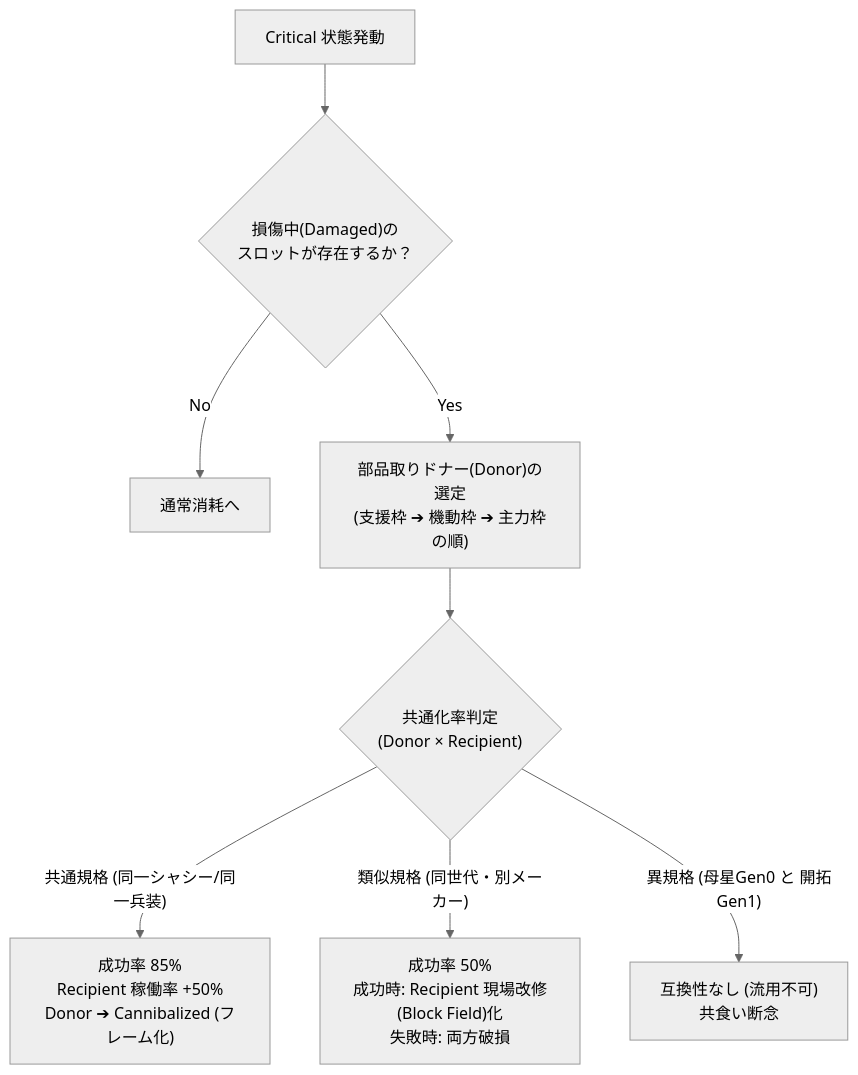
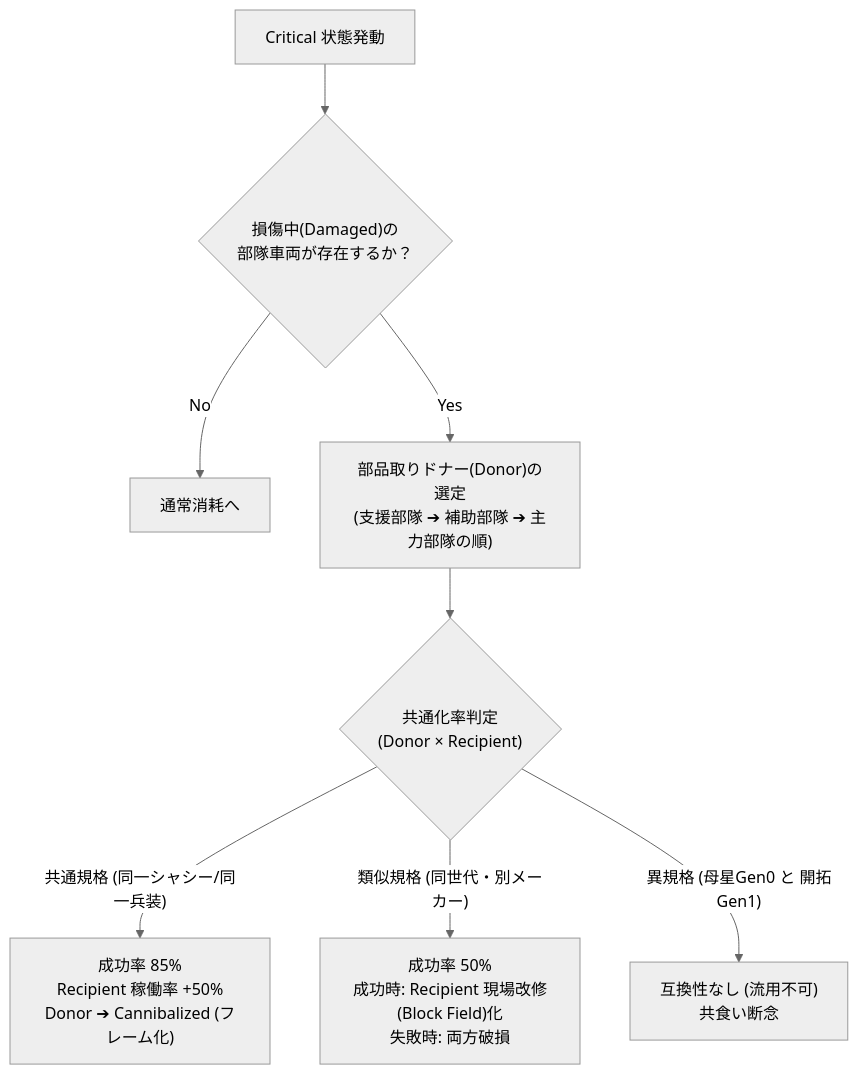
One commit to nanaisisi/nanai-alien-com-game changed the third of 3 diagrams in docs/specs/COMBAT_GROUP_LOGISTICS_INTEGRATION.md. Above: the diagram before and after it, drawn with Mermaid (neutral theme). The commit also changed other lines of this file and 9 other files, not shown here.

````diff
--- a/docs/specs/COMBAT_GROUP_LOGISTICS_INTEGRATION.md
+++ b/docs/specs/COMBAT_GROUP_LOGISTICS_INTEGRATION.md
@@ -155,10 +147,10 @@
 ```mermaid
 flowchart TD
-    Crit["Critical 状態発動"] --> CheckDamaged{"損傷中(Damaged)の<br/>スロットが存在するか？"}
+    Crit["Critical 状態発動"] --> CheckDamaged{"損傷中(Damaged)の<br/>部隊車両が存在するか？"}
     CheckDamaged -- No --> End["通常消耗へ"]
-    CheckDamaged -- Yes --> SelectDonor["部品取りドナー(Donor)の選定<br/>(支援枠 ➔ 機動枠 ➔ 主力枠の順)"]
+    CheckDamaged -- Yes --> SelectDonor["部品取りドナー(Donor)の選定<br/>(支援部隊 ➔ 補助部隊 ➔ 主力部隊の順)"]
     SelectDonor --> CalcCommon{"共通化率判定<br/>(Donor × Recipient)"}
     CalcCommon -- "共通規格 (同一シャシー/同一兵装)" --> HighSucc["成功率 85%<br/>Recipient 稼働率 +50%<br/>Donor ➔ Cannibalized (フレーム化)"]
     CalcCommon -- "類似規格 (同世代・別メーカー)" --> MidSucc["成功率 50%<br/>成功時: Recipient 現場改修(Block Field)化<br/>失敗時: 両方破損"]
     CalcCommon -- "異規格 (母星Gen0 と 開拓Gen1)" --> ZeroSucc["互換性なし (流用不可)<br/>共食い断念"]
 ```
````
